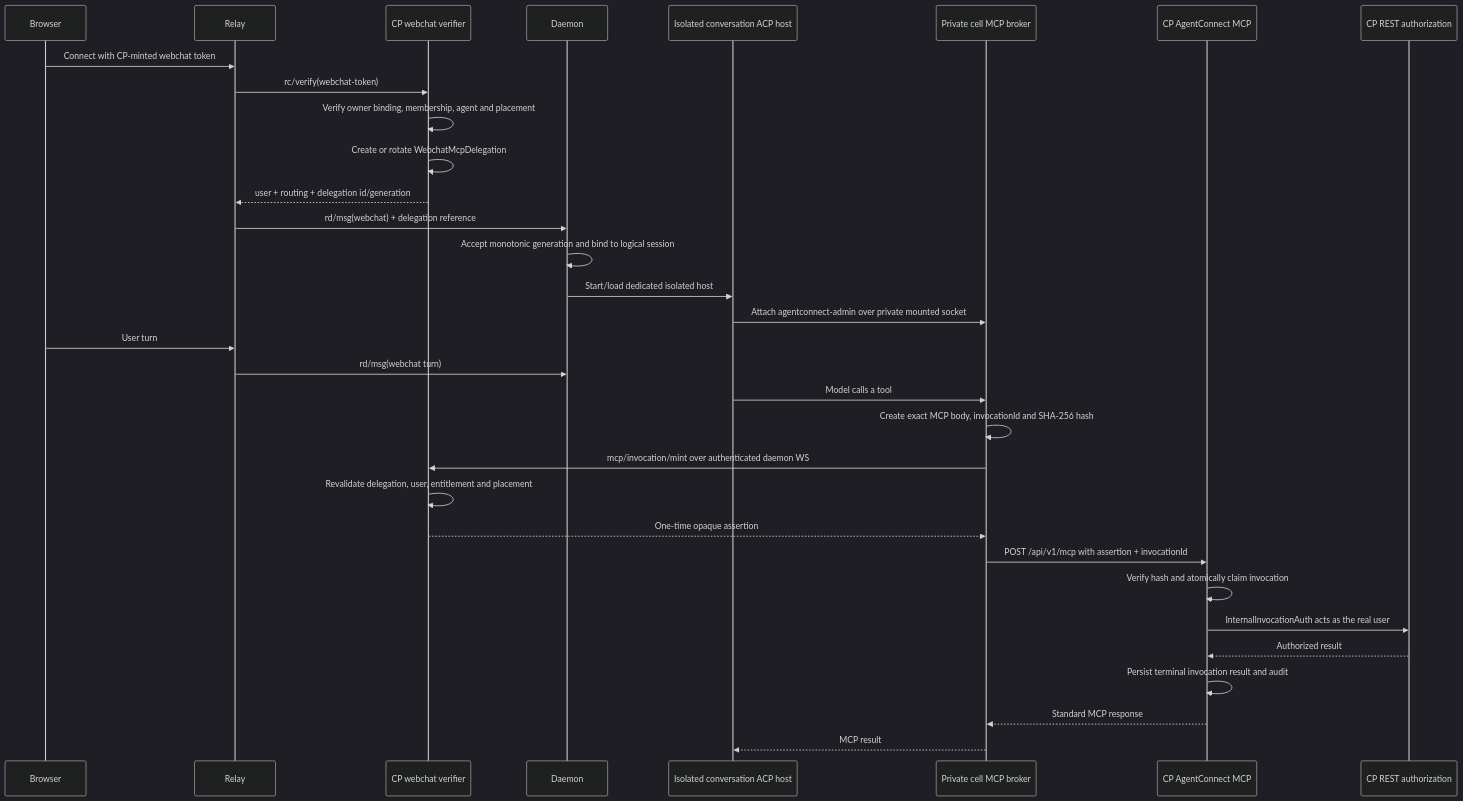
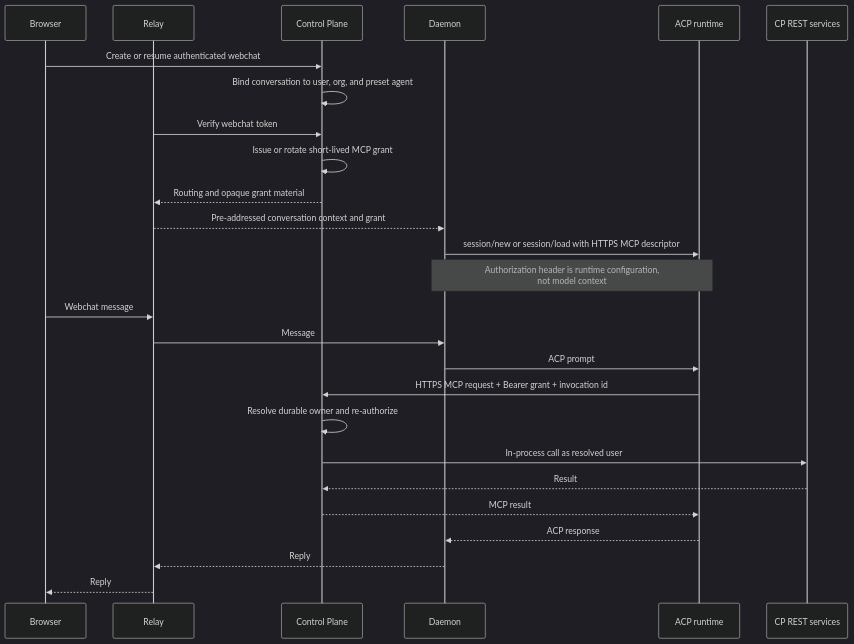
Before and after one commit to agentconnect-md/agentconnect: the diagram in docs/designs/webchat-preset-agentconnect-mcp.md, drawn with Mermaid (dark theme). The commit also changed other lines of this file and 2 other files, not shown here.

Commit message:
docs: redesign preset webchat admin MCP

````diff
--- a/docs/designs/webchat-preset-agentconnect-mcp.md
+++ b/docs/designs/webchat-preset-agentconnect-mcp.md
@@ -182,36 +110,29 @@
 ```mermaid
 sequenceDiagram
     participant Browser
     participant Relay
-    participant CPVerify as CP webchat verifier
+    participant CP as Control Plane
     participant Daemon
-    participant Cell as Isolated conversation ACP host
-    participant Broker as Private cell MCP broker
-    participant CPMCP as CP AgentConnect MCP
-    participant REST as CP REST authorization
+    participant Runtime as ACP runtime
+    participant REST as CP REST services
 
-    Browser->>Relay: Connect with CP-minted webchat token
-    Relay->>CPVerify: rc/verify(webchat-token)
-    CPVerify->>CPVerify: Verify owner binding, membership, agent and placement
-    CPVerify->>CPVerify: Create or rotate WebchatMcpDelegation
-    CPVerify-->>Relay: user + routing + delegation id/generation
-    Relay->>Daemon: rd/msg(webchat) + delegation reference
-    Daemon->>Daemon: Accept monotonic generation and bind to logical session
-    Daemon->>Cell: Start/load dedicated isolated host
-    Cell->>Broker: Attach agentconnect-admin over private mounted socket
-
-    Browser->>Relay: User turn
-    Relay->>Daemon: rd/msg(webchat turn)
-    Cell->>Broker: Model calls a tool
-    Broker->>Broker: Create exact MCP body, invocationId and SHA-256 hash
-    Broker->>CPVerify: mcp/invocation/mint over authenticated daemon WS
-    CPVerify->>CPVerify: Revalidate delegation, user, entitlement and placement
-    CPVerify-->>Broker: One-time opaque assertion
-    Broker->>CPMCP: POST /api/v1/mcp with assertion + invocationId
-    CPMCP->>CPMCP: Verify hash and atomically claim invocation
-    CPMCP->>REST: InternalInvocationAuth acts as the real user
-    REST-->>CPMCP: Authorized result
-    CPMCP->>CPMCP: Persist terminal invocation result and audit
-    CPMCP-->>Broker: Standard MCP response
-    Broker-->>Cell: MCP result
+    Browser->>CP: Create or resume authenticated webchat
+    CP->>CP: Bind conversation to user, org, and preset agent
+    Relay->>CP: Verify webchat token
+    CP->>CP: Issue or rotate short-lived MCP grant
+    CP-->>Relay: Routing and opaque grant material
+    Relay-->>Daemon: Pre-addressed conversation context and grant
+    Daemon->>Runtime: session/new or session/load with HTTPS MCP descriptor
+    Note over Daemon,Runtime: Authorization header is runtime configuration,<br/>not model context
+    Browser->>Relay: Webchat message
+    Relay->>Daemon: Message
+    Daemon->>Runtime: ACP prompt
+    Runtime->>CP: HTTPS MCP request + Bearer grant + invocation id
+    CP->>CP: Resolve durable owner and re-authorize
+    CP->>REST: In-process call as resolved user
+    REST-->>CP: Result
+    CP-->>Runtime: MCP result
+    Runtime-->>Daemon: ACP response
+    Daemon-->>Relay: Reply
+    Relay-->>Browser: Reply
 ```
````
